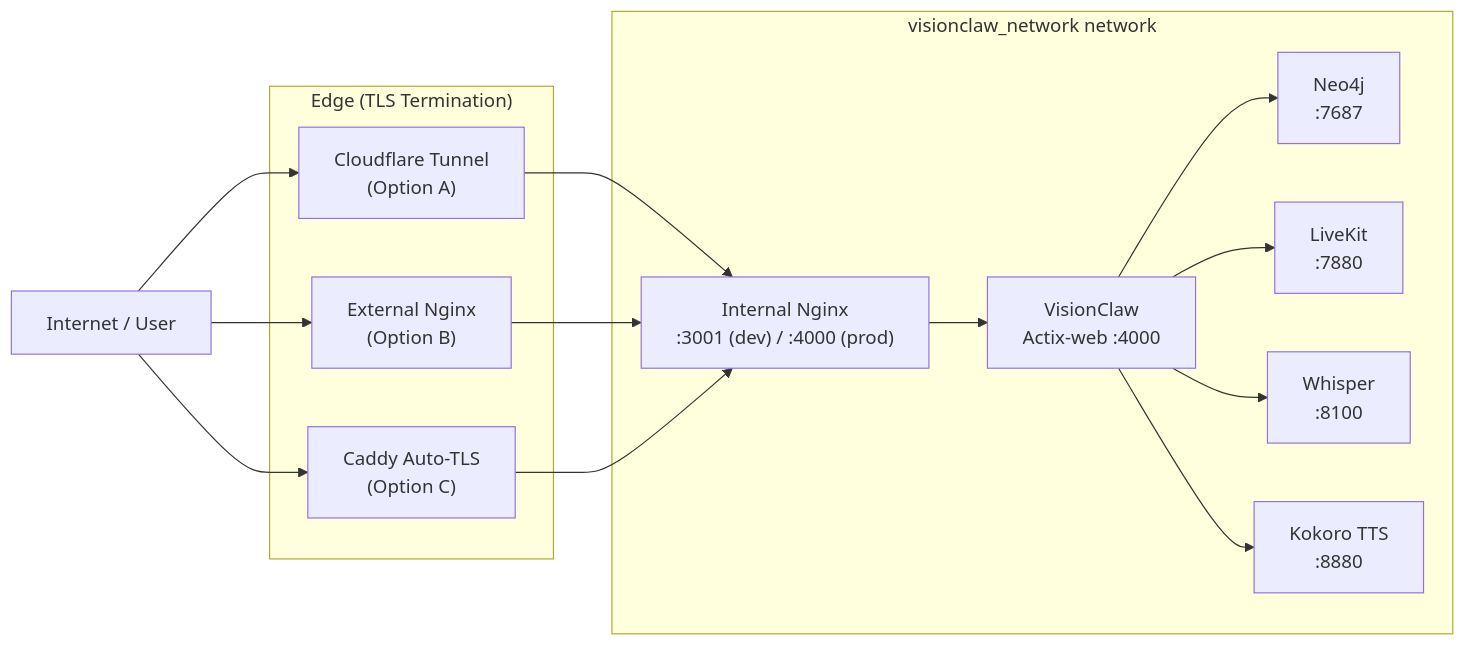
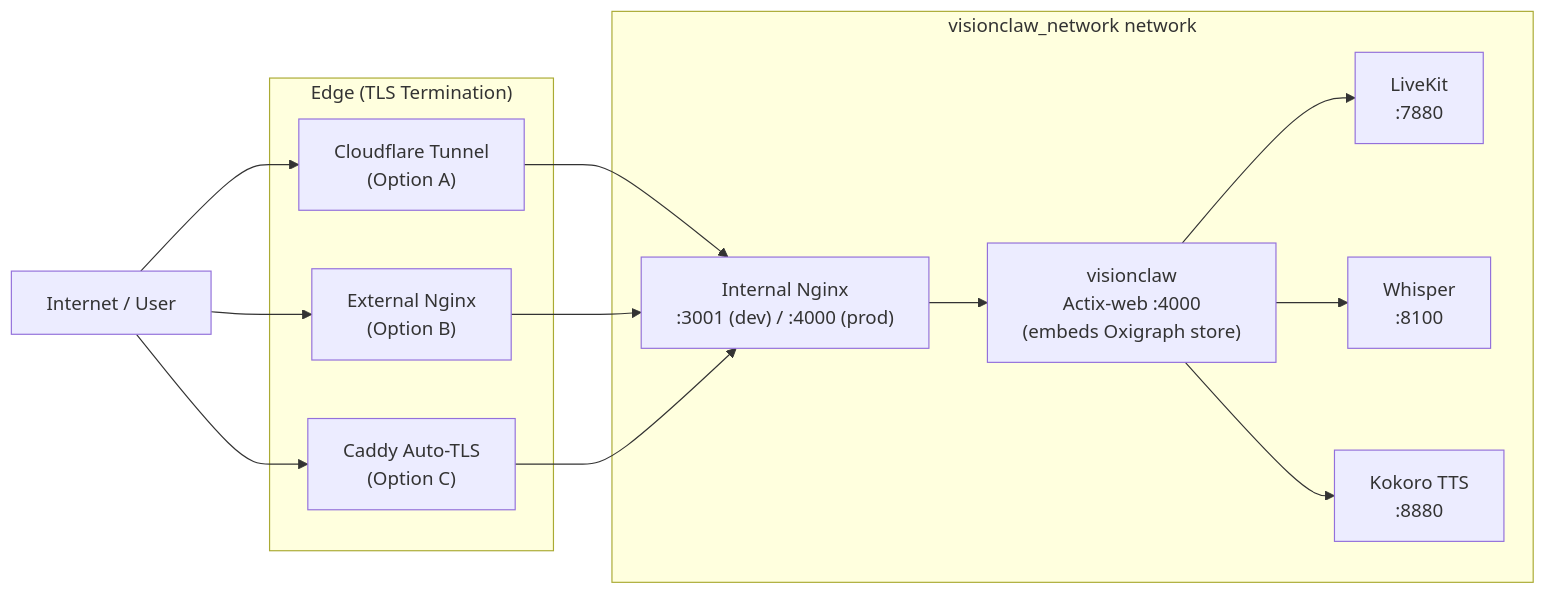
Before and after one commit to shaneholloman/logseq-spring-thing: the second of 2 diagrams in docs/how-to/deployment-guide.md, drawn with Mermaid. The commit also changed other lines of this file and 58 other files, not shown here.

First line of the commit message:
docs: Neo4j→Oxigraph + webxr→visionclaw alignment, physics controls, health probes

````diff
--- a/docs/how-to/deployment-guide.md
+++ b/docs/how-to/deployment-guide.md
@@ -554,31 +548,29 @@
 ```mermaid
 graph LR
     Internet["Internet / User"]
 
     subgraph "Edge (TLS Termination)"
         CF["Cloudflare Tunnel\n(Option A)"]
         Nginx_ext["External Nginx\n(Option B)"]
         Caddy["Caddy Auto-TLS\n(Option C)"]
     end
 
     subgraph "visionclaw_network network"
         Nginx_int["Internal Nginx\n:3001 (dev) / :4000 (prod)"]
-        VF["VisionClaw\nActix-web :4000"]
-        Neo4j["Neo4j\n:7687"]
+        VF["visionclaw\nActix-web :4000\n(embeds Oxigraph store)"]
         LK["LiveKit\n:7880"]
         WH["Whisper\n:8100"]
         KO["Kokoro TTS\n:8880"]
     end
 
     Internet --> CF
     Internet --> Nginx_ext
     Internet --> Caddy
     CF --> Nginx_int
     Nginx_ext --> Nginx_int
     Caddy --> Nginx_int
     Nginx_int --> VF
-    VF --> Neo4j
     VF --> LK
     VF --> WH
     VF --> KO
 ```
````
